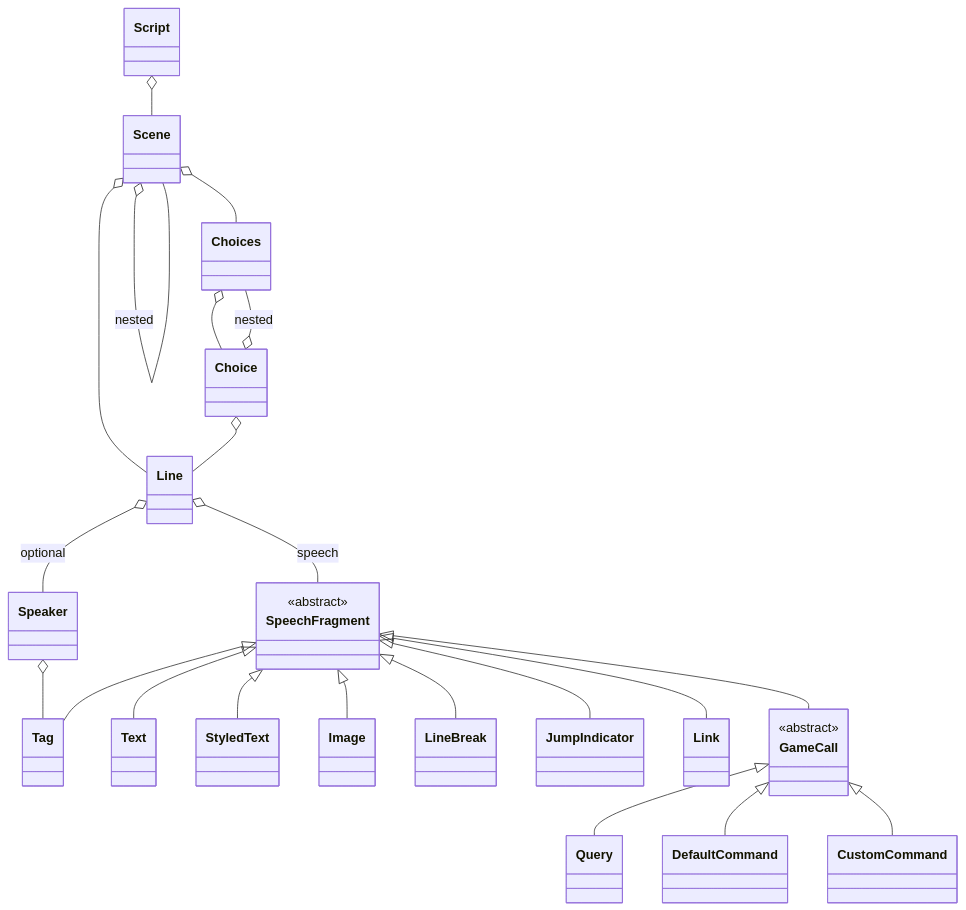
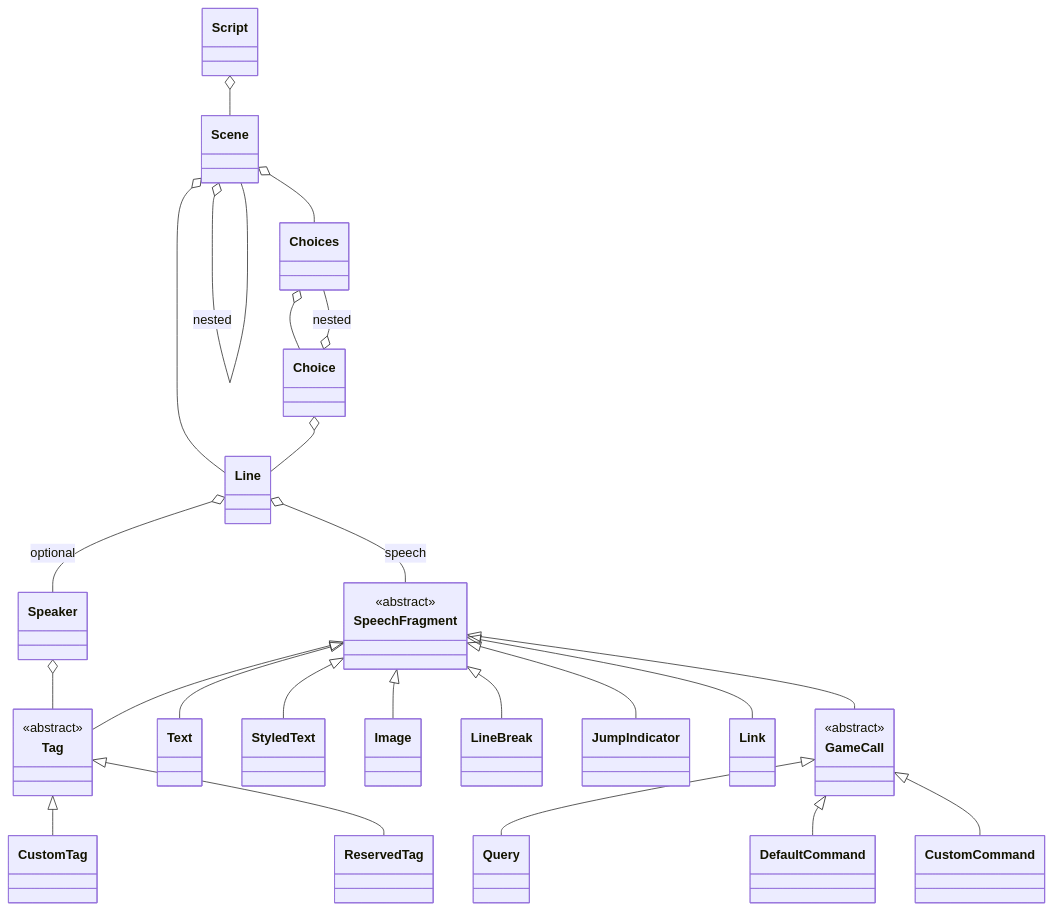
Before and after one commit to pengzhengyi/godot-dialoguedown: the second of 2 diagrams in docs/Implementation Notes/Markdown to Dialogue AST Transpiler.md, drawn with Mermaid. The commit also changed other lines of this file and 6 other files, not shown here.

First line of the commit message:
feat(script-ast): model tags as CustomTag and ReservedTag

````diff
--- a/docs/Implementation Notes/Markdown to Dialogue AST Transpiler.md
+++ b/docs/Implementation Notes/Markdown to Dialogue AST Transpiler.md
@@ -184,48 +186,54 @@
 ```mermaid
 classDiagram
     class Script
     class Scene
     class Line
     class Speaker
     class Choices
     class Choice
-    class Tag
+    class Tag {
+        <<abstract>>
+    }
+    class CustomTag
+    class ReservedTag
 
     class SpeechFragment {
         <<abstract>>
     }
     class Text
     class StyledText
     class Image
     class LineBreak
     class JumpIndicator
     class Link
     class GameCall {
         <<abstract>>
     }
     class Query
     class DefaultCommand
     class CustomCommand
 
     Script o-- Scene
     Scene o-- Line
     Scene o-- Choices
     Scene o-- Scene : nested
     Line o-- Speaker : optional
     Line o-- SpeechFragment : speech
     Choices o-- Choice
     Choice o-- Line
     Choice o-- Choices : nested
     Speaker o-- Tag
     SpeechFragment <|-- Text
     SpeechFragment <|-- StyledText
     SpeechFragment <|-- Image
     SpeechFragment <|-- LineBreak
     SpeechFragment <|-- JumpIndicator
     SpeechFragment <|-- Link
     SpeechFragment <|-- Tag
     SpeechFragment <|-- GameCall
     GameCall <|-- Query
     GameCall <|-- DefaultCommand
     GameCall <|-- CustomCommand
+    Tag <|-- CustomTag
+    Tag <|-- ReservedTag
 ```
````
